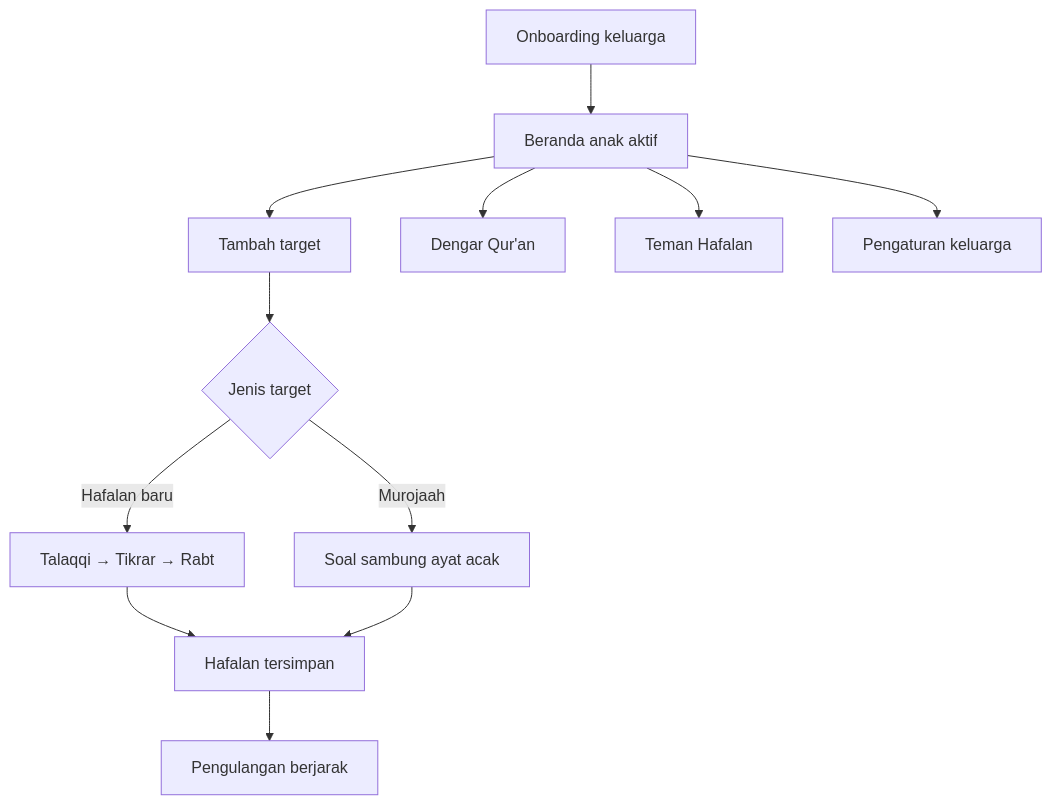
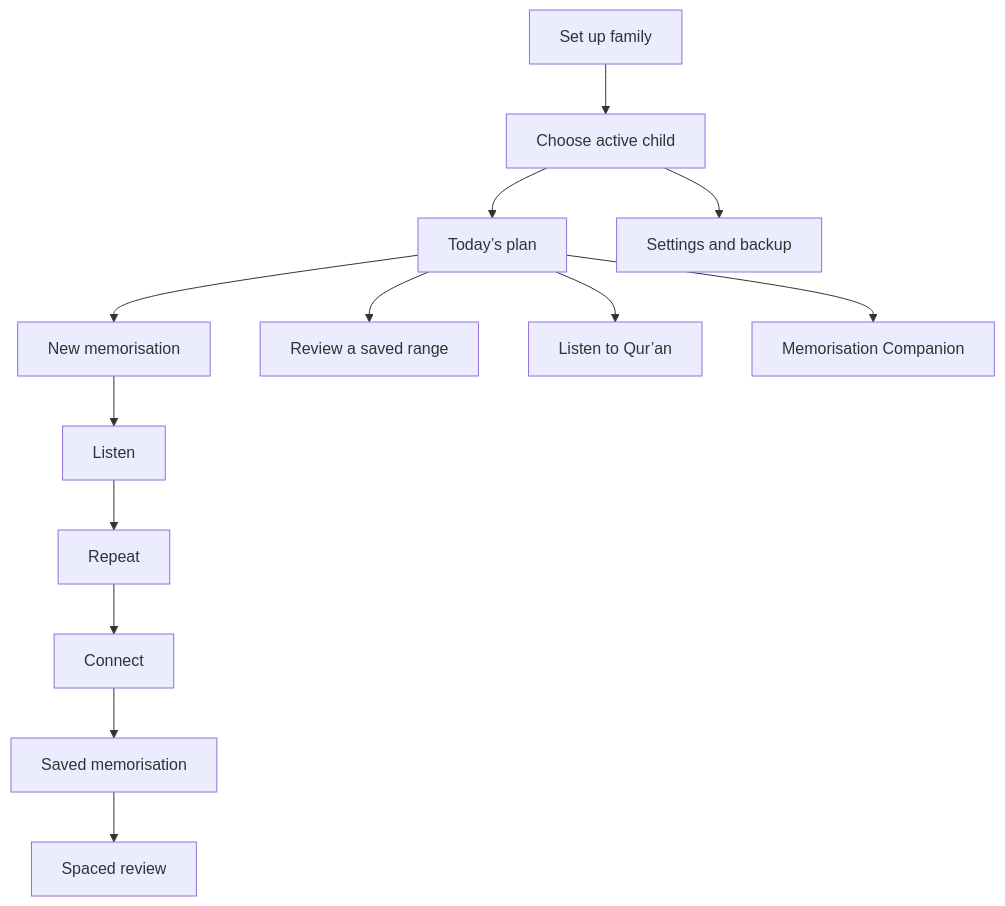
The diagram in design.md (kurniawan2805/wali-tahfiz-hackanton), drawn with Mermaid before and after one commit. The commit also changed other lines of this file and 5 other files, not shown here.

````diff
--- a/design.md
+++ b/design.md
@@ -24,14 +27,15 @@
 ```mermaid
 flowchart TD
-  A[Onboarding keluarga] --> B[Beranda anak aktif]
-  B --> C[Tambah target]
-  C --> D{Jenis target}
-  D -->|Hafalan baru| E[Talaqqi → Tikrar → Rabt]
-  D -->|Murojaah| F[Soal sambung ayat acak]
-  E --> G[Hafalan tersimpan]
-  F --> G
-  G --> H[Pengulangan berjarak]
-  B --> I[Dengar Qur'an]
-  B --> J[Teman Hafalan]
-  B --> K[Pengaturan keluarga]
+  A[Set up family] --> B[Choose active child]
+  B --> C[Today’s plan]
+  C --> D[New memorisation]
+  D --> E[Listen]
+  E --> F[Repeat]
+  F --> G[Connect]
+  G --> H[Saved memorisation]
+  H --> I[Spaced review]
+  C --> J[Review a saved range]
+  C --> K[Listen to Qur’an]
+  C --> L[Memorisation Companion]
+  B --> M[Settings and backup]
 ```
````
